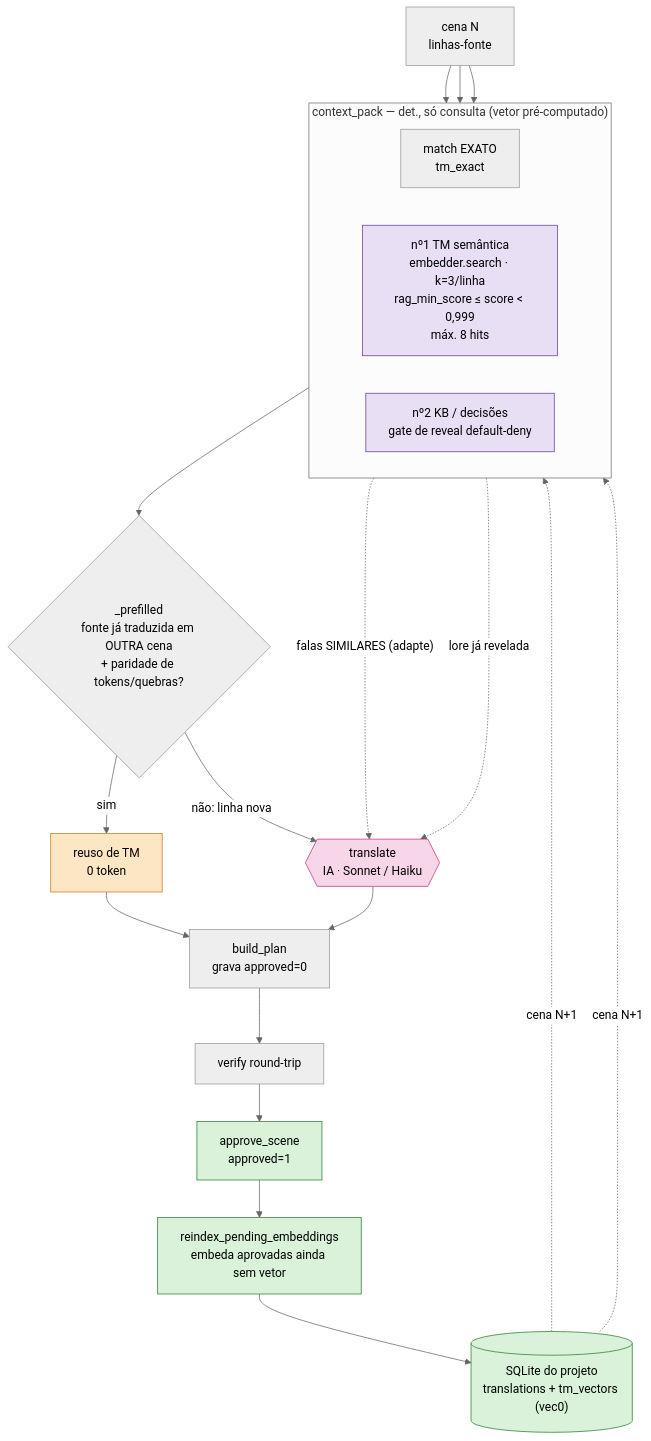
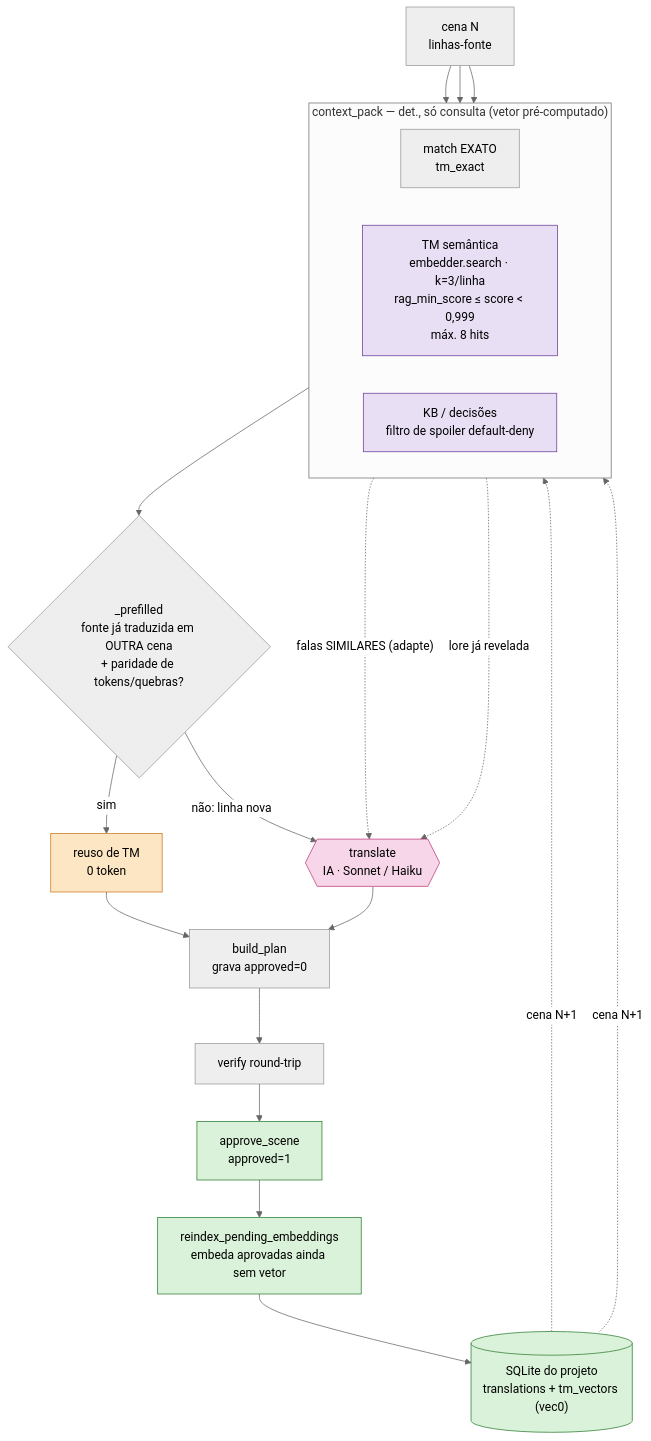
Before and after one commit to scudellerlemos/translation-cognition-framework: the second of 2 diagrams in docs/STACK.md, drawn with Mermaid (neutral theme). The commit also changed other lines of this file and 1 other file, not shown here.

````diff
--- a/docs/STACK.md
+++ b/docs/STACK.md
@@ -96,39 +180,39 @@
 ```mermaid
 flowchart TB
   scene["cena N<br/>linhas-fonte"]
   subgraph pack["context_pack — det., só consulta (vetor pré-computado)"]
     direction LR
     ex["match EXATO<br/>tm_exact"]
-    sem["nº1 TM semântica<br/>embedder.search · k=3/linha<br/>rag_min_score ≤ score &lt; 0,999<br/>máx. 8 hits"]
-    kb["nº2 KB / decisões<br/>gate de reveal default-deny"]
+    sem["TM semântica<br/>embedder.search · k=3/linha<br/>rag_min_score ≤ score &lt; 0,999<br/>máx. 8 hits"]
+    kb["KB / decisões<br/>filtro de spoiler default-deny"]
   end
   split{"_prefilled<br/>fonte já traduzida em OUTRA cena<br/>+ paridade de tokens/quebras?"}
   reuse["reuso de TM<br/>0 token"]
   llm{{"translate<br/>IA · Sonnet / Haiku"}}
   plan["build_plan<br/>grava approved=0"]
   vf["verify round-trip"]
   ok["approve_scene<br/>approved=1"]
   idx["reindex_pending_embeddings<br/>embeda aprovadas ainda sem vetor"]
   db[("SQLite do projeto<br/>translations + tm_vectors (vec0)")]
 
   scene --> ex & sem & kb
   ex --> split
   split -->|"sim"| reuse
   split -->|"não: linha nova"| llm
   sem -. "falas SIMILARES (adapte)" .-> llm
   kb -. "lore já revelada" .-> llm
   reuse --> plan
   llm --> plan
   plan --> vf --> ok --> idx --> db
   db -. "cena N+1" .-> ex
   db -. "cena N+1" .-> sem
 
   classDef ia fill:#f6d6e8,stroke:#c0397b,color:#000;
   classDef rg fill:#e8dff5,stroke:#6a3d9b,color:#000;
   classDef st fill:#d9f2d9,stroke:#2e7d32,color:#000;
   classDef save fill:#fde6c4,stroke:#c97b1f,color:#000;
   class llm ia;
   class sem,kb rg;
   class db,idx,ok st;
   class reuse save;
 ```
````
